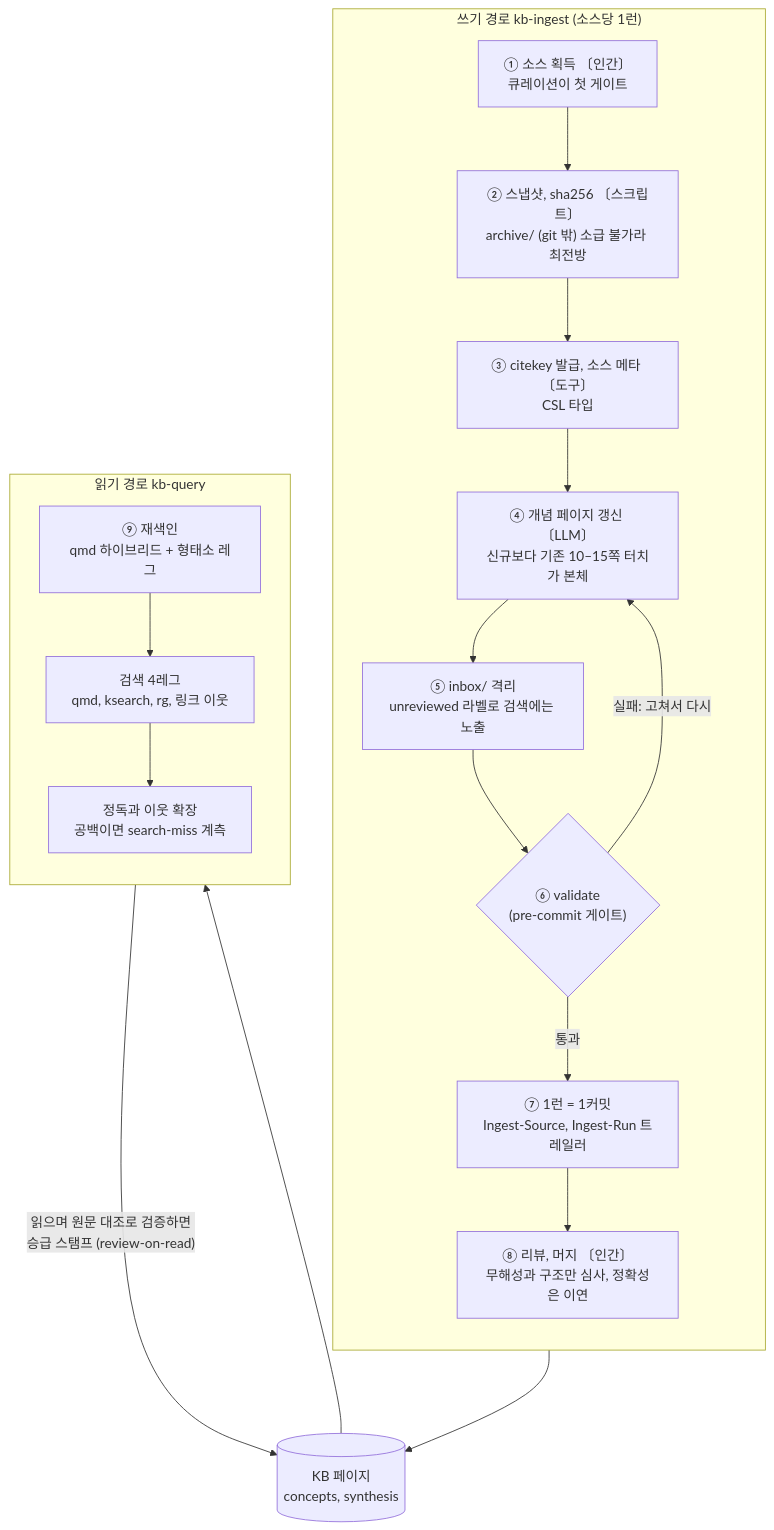
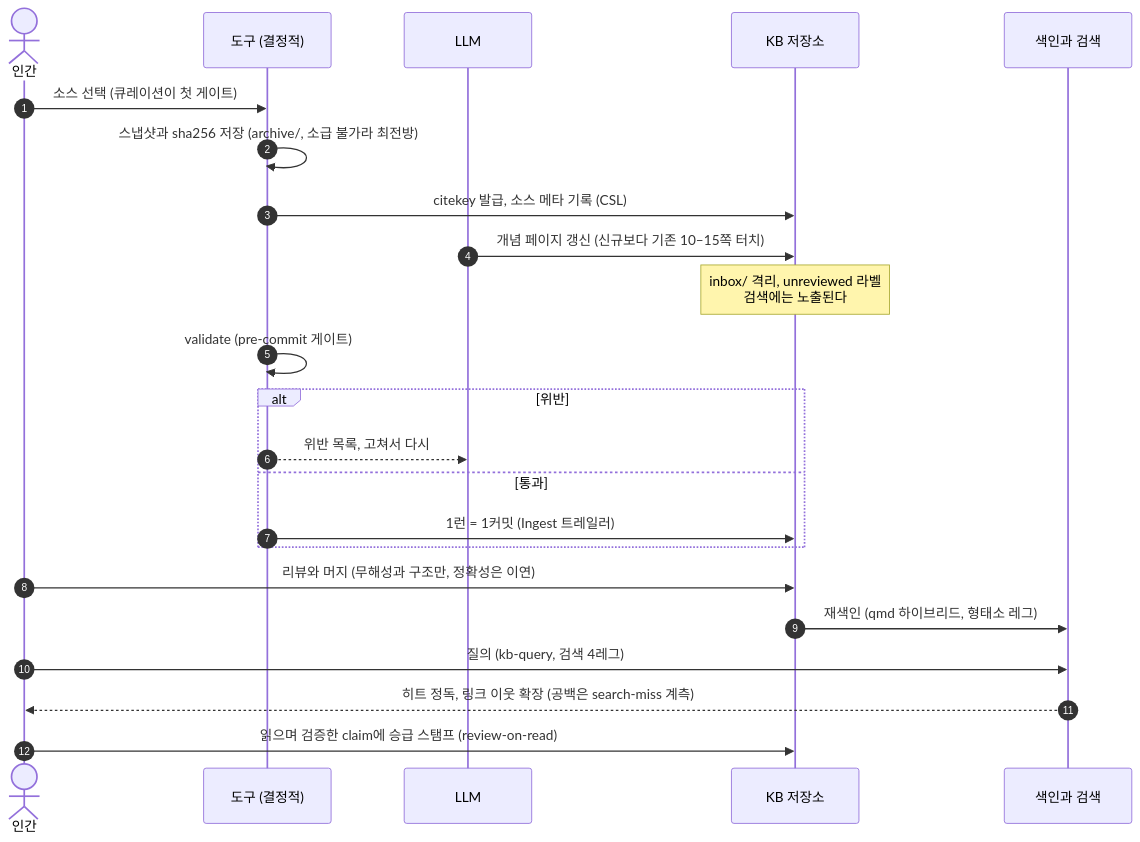
Before and after one commit to alteralab/syntopicon: the second of 3 diagrams in README.md, drawn with Mermaid.

Commit message:
plan: 파이프라인을 시퀀스 다이어그램으로 — 주체가 있는 절차의 본래 표현
세로 flowchart는 스크롤을 강요했다. 참여자 5열로 폭이 고정되고,
validate 분기는 alt 블록, review-on-read 되먹임은 마지막 화살표가 맡는다.
autonumber가 PLAN §4.4의 단계 번호를 대신한다.

````diff
--- a/README.md
+++ b/README.md
@@ -40,32 +40,26 @@
 ```mermaid
-flowchart TB
-    subgraph WRITE["쓰기 경로 kb-ingest (소스당 1런)"]
-        direction TB
-        A["① 소스 획득 〔인간〕<br/>큐레이션이 첫 게이트"]
-        B["② 스냅샷, sha256 〔스크립트〕<br/>archive/ (git 밖) 소급 불가라 최전방"]
-        C["③ citekey 발급, 소스 메타 〔도구〕<br/>CSL 타입"]
-        D["④ 개념 페이지 갱신 〔LLM〕<br/>신규보다 기존 10–15쪽 터치가 본체"]
-        E["⑤ inbox/ 격리<br/>unreviewed 라벨로 검색에는 노출"]
-        F{"⑥ validate<br/>(pre-commit 게이트)"}
-        G["⑦ 1런 = 1커밋<br/>Ingest-Source, Ingest-Run 트레일러"]
-        H["⑧ 리뷰, 머지 〔인간〕<br/>무해성과 구조만 심사, 정확성은 이연"]
+sequenceDiagram
+    autonumber
+    actor H as 인간
+    participant T as 도구 (결정적)
+    participant L as LLM
+    participant K as KB 저장소
+    participant S as 색인과 검색
 
-        A --> B --> C --> D --> E --> F
-        F -- "실패: 고쳐서 다시" --> D
-        F -- "통과" --> G --> H
+    H->>T: 소스 선택 (큐레이션이 첫 게이트)
+    T->>T: 스냅샷과 sha256 저장 (archive/, 소급 불가라 최전방)
+    T->>K: citekey 발급, 소스 메타 기록 (CSL)
+    L->>K: 개념 페이지 갱신 (신규보다 기존 10–15쪽 터치)
+    note over K: inbox/ 격리, unreviewed 라벨<br/>검색에는 노출된다
+    T->>T: validate (pre-commit 게이트)
+    alt 위반
+        T-->>L: 위반 목록, 고쳐서 다시
+    else 통과
+        T->>K: 1런 = 1커밋 (Ingest 트레일러)
     end
-
-    KB[("KB 페이지<br/>concepts, synthesis")]
-
-    subgraph READ["읽기 경로 kb-query"]
-        direction TB
-        I["⑨ 재색인<br/>qmd 하이브리드 + 형태소 레그"]
-        Q["검색 4레그<br/>qmd, ksearch, rg, 링크 이웃"]
-        V["정독과 이웃 확장<br/>공백이면 search-miss 계측"]
-        I --> Q --> V
-    end
-
-    H --> KB
-    KB --> I
-    V -- "읽으며 원문 대조로 검증하면<br/>승급 스탬프 (review-on-read)" --> KB
+    H->>K: 리뷰와 머지 (무해성과 구조만, 정확성은 이연)
+    K->>S: 재색인 (qmd 하이브리드, 형태소 레그)
+    H->>S: 질의 (kb-query, 검색 4레그)
+    S-->>H: 히트 정독, 링크 이웃 확장 (공백은 search-miss 계측)
+    H->>K: 읽으며 검증한 claim에 승급 스탬프 (review-on-read)
 ```
````
